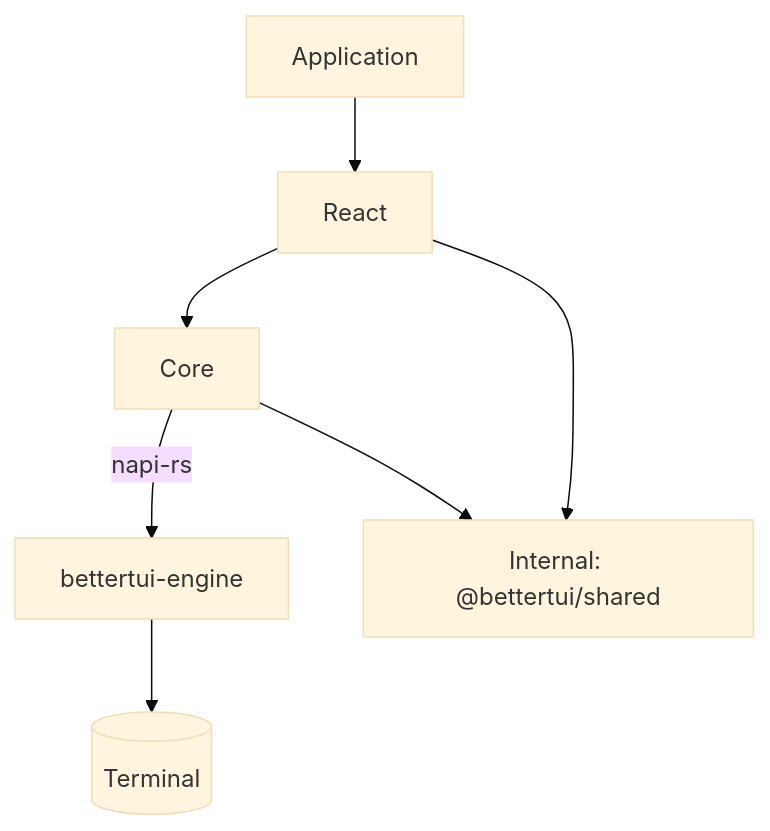
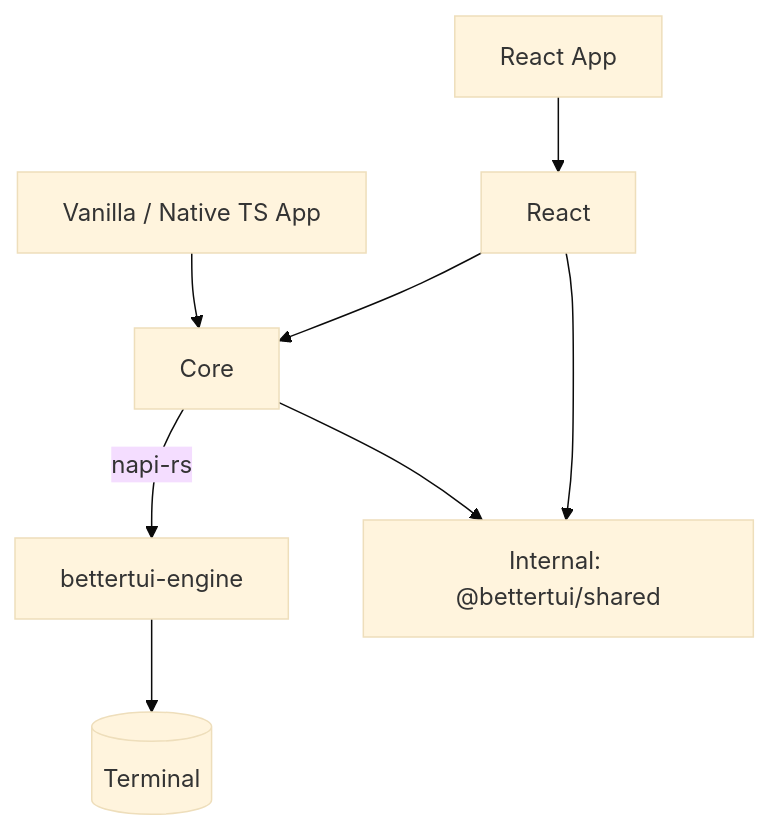
The fifth of 6 diagrams in docs/architecture/overview.md (localfirstai/bettertui), drawn with Mermaid (base theme) before and after one commit. The commit also changed other lines of this file and 38 other files, not shown here.

````diff
--- a/docs/architecture/overview.md
+++ b/docs/architecture/overview.md
@@ -144,10 +148,11 @@
 ```mermaid
 graph TD
-    App[Application] --> React
+    VR[Vanilla / Native TS App] --> Core
+    AR[React App] --> React
     React --> Core
     Core -->|napi-rs| Engine[bettertui-engine]
     Engine --> Terminal[(Terminal)]
     Core --> Shared[Internal: @bettertui/shared]
     React --> Shared
 
 ```
````
